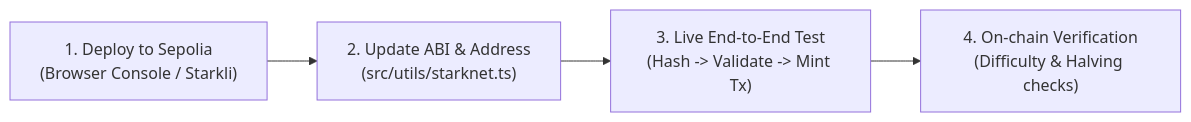
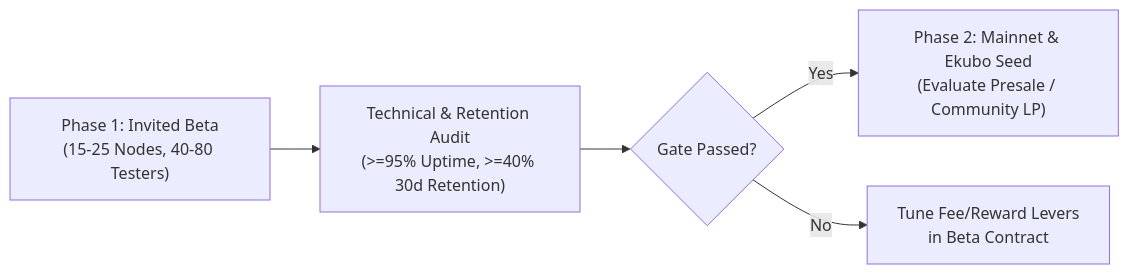
Before and after one commit to fearmexxx/blake: the diagram in progress.md, drawn with Mermaid. The commit also changed other lines of this file and 7 other files, not shown here.

Commit message:
feat: align SBLAKE contract, simulator, and Beta console with BlakeVPN & BlakeNode Draft 1.1 (Oct 2026)

````diff
--- a/progress.md
+++ b/progress.md
@@ -37,6 +73,7 @@
 ```mermaid
 flowchart LR
-    A["1. Deploy to Sepolia\n(Browser Console / Starkli)"] --> B["2. Update ABI & Address\n(src/utils/starknet.ts)"]
-    B --> C["3. Live End-to-End Test\n(Hash -> Validate -> Mint Tx)"]
-    C --> D["4. On-chain Verification\n(Difficulty & Halving checks)"]
+    A["Phase 1: Invited Beta\n(15-25 Nodes, 40-80 Testers)"] --> B["Technical & Retention Audit\n(>=95% Uptime, >=40% 30d Retention)"]
+    B --> C{"Gate Passed?"}
+    C -->|Yes| D["Phase 2: Mainnet & Ekubo Seed\n(Evaluate Presale / Community LP)"]
+    C -->|No| E["Tune Fee/Reward Levers\nin Beta Contract"]
 ```
````
